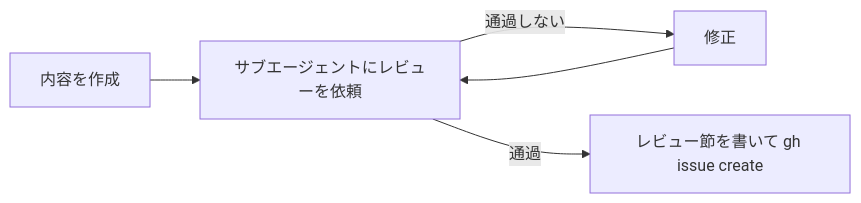
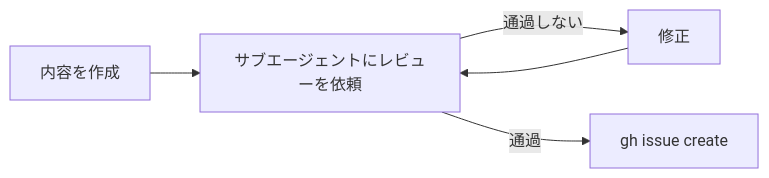
Before and after one commit to sumiredc/molt: the diagram in .claude/skills/filing-issue/SKILL.md, drawn with Mermaid. The commit also changed other lines of this file, not shown here.

First line of the commit message:
filing-issue から、issue 本文にレビュー節を残す手順を外す

````diff
--- a/.claude/skills/filing-issue/SKILL.md
+++ b/.claude/skills/filing-issue/SKILL.md
@@ -11,7 +11,7 @@
 ```mermaid
 flowchart LR
   A[内容を作成] --> B[サブエージェントにレビューを依頼]
   B -->|通過しない| C[修正]
   C --> B
-  B -->|通過| D[レビュー節を書いて gh issue create]
+  B -->|通過| D[gh issue create]
 ```
````
